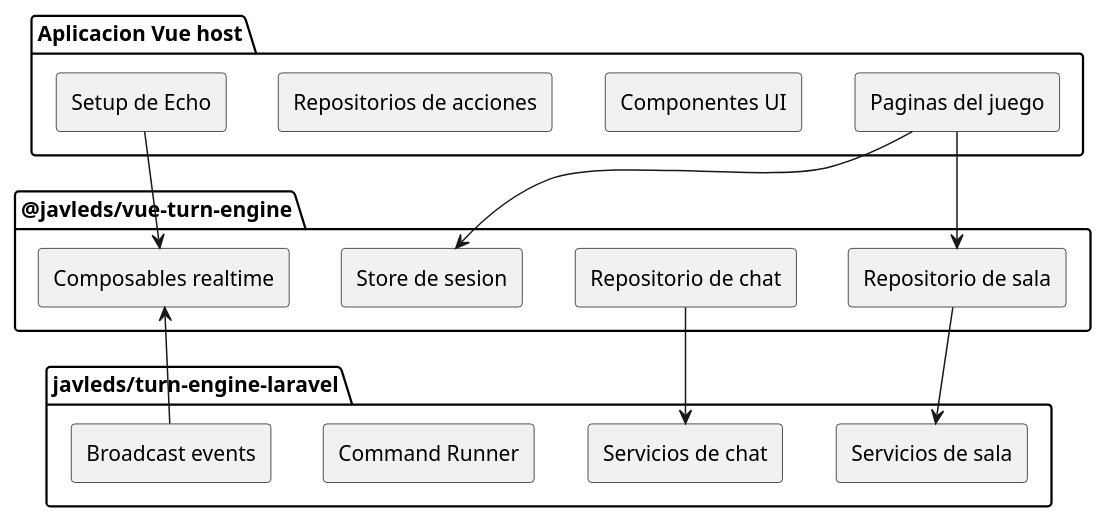
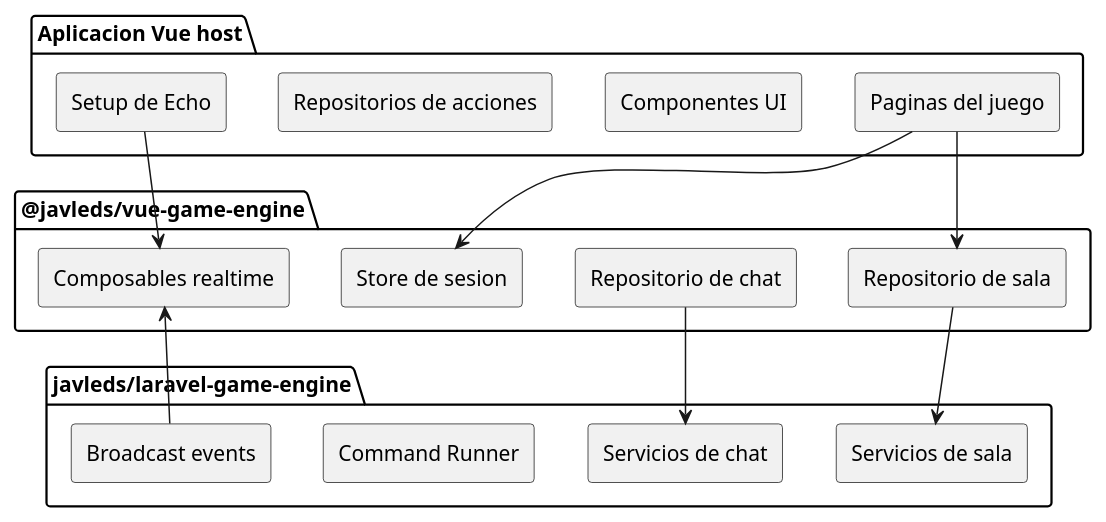
The diagram in README.es.md (javleds/vue-game-engine), drawn with PlantUML before and after one commit. The commit also changed other lines of this file and 2 other files, not shown here.

Commit message:
build: rename package to vue game engine

````diff
--- a/README.es.md
+++ b/README.es.md
@@ -20,33 +20,33 @@
 ```plantuml
 @startuml
 skinparam componentStyle rectangle
 
 package "Aplicacion Vue host" {
   [Paginas del juego]
   [Componentes UI]
   [Repositorios de acciones]
   [Setup de Echo]
 }
 
-package "@javleds/vue-turn-engine" {
+package "@javleds/vue-game-engine" {
   [Repositorio de sala]
   [Repositorio de chat]
   [Store de sesion]
   [Composables realtime]
 }
 
-package "javleds/turn-engine-laravel" {
+package "javleds/laravel-game-engine" {
   [Servicios de sala]
   [Servicios de chat]
   [Command Runner]
   [Broadcast events]
 }
 
 [Paginas del juego] --> [Repositorio de sala]
 [Paginas del juego] --> [Store de sesion]
 [Setup de Echo] --> [Composables realtime]
 [Repositorio de sala] --> [Servicios de sala]
 [Repositorio de chat] --> [Servicios de chat]
 [Broadcast events] --> [Composables realtime]
 @enduml
 ```
````
